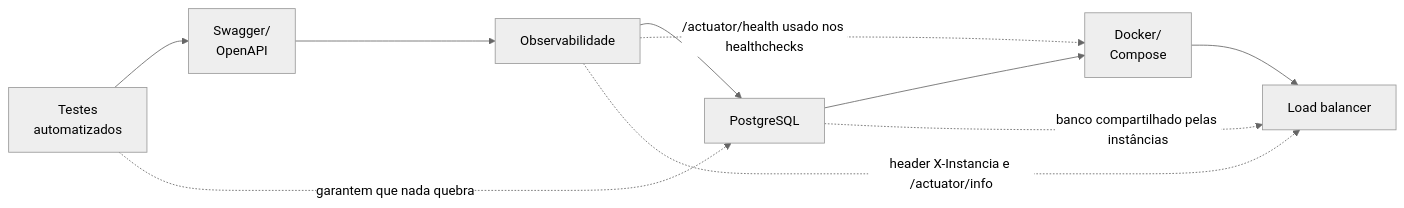
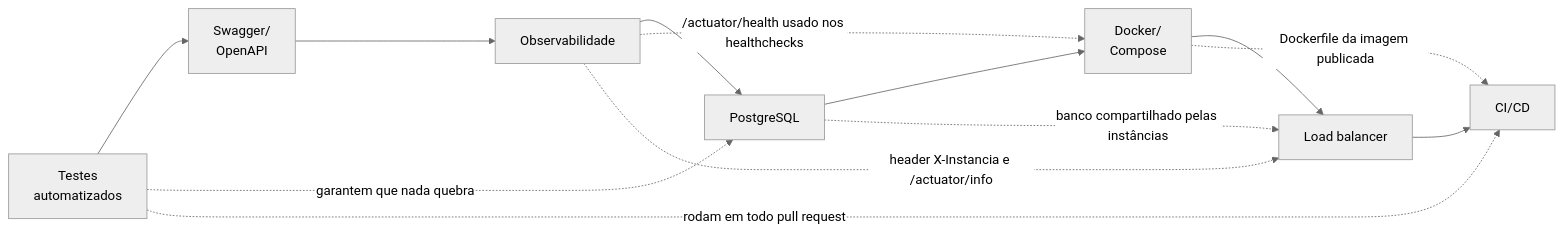
Before and after one commit to gabrieldorodrigues/apirest-2026: the diagram in docs/extras/index.md, drawn with Mermaid (neutral theme). The commit also changed other lines of this file and 3 other files, not shown here.

````diff
--- a/docs/extras/index.md
+++ b/docs/extras/index.md
@@ -19,13 +20,16 @@
 ```mermaid
 flowchart LR
     T[Testes<br/>automatizados] --> S[Swagger/<br/>OpenAPI]
     S --> O[Observabilidade]
     O --> P[PostgreSQL]
     P --> D[Docker/<br/>Compose]
     D --> L[Load balancer]
+    L --> C[CI/CD]
 
     T -. "garantem que nada quebra" .-> P
     O -. "/actuator/health usado nos healthchecks" .-> D
     O -. "header X-Instancia e /actuator/info" .-> L
     P -. "banco compartilhado pelas instâncias" .-> L
+    T -. "rodam em todo pull request" .-> C
+    D -. "Dockerfile da imagem publicada" .-> C
 ```
````
